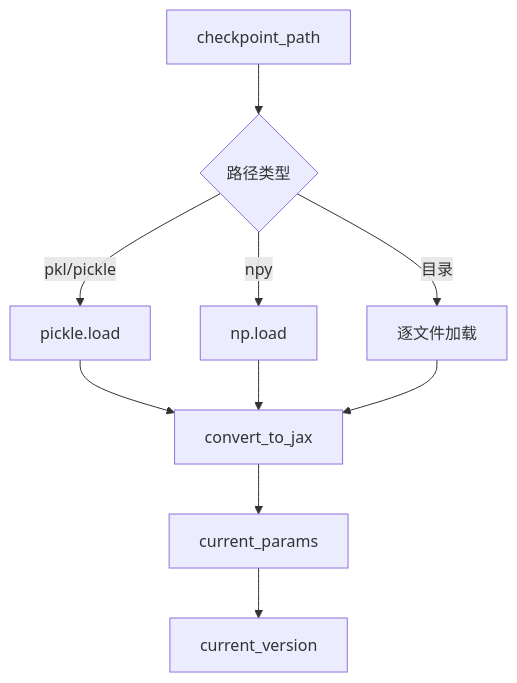
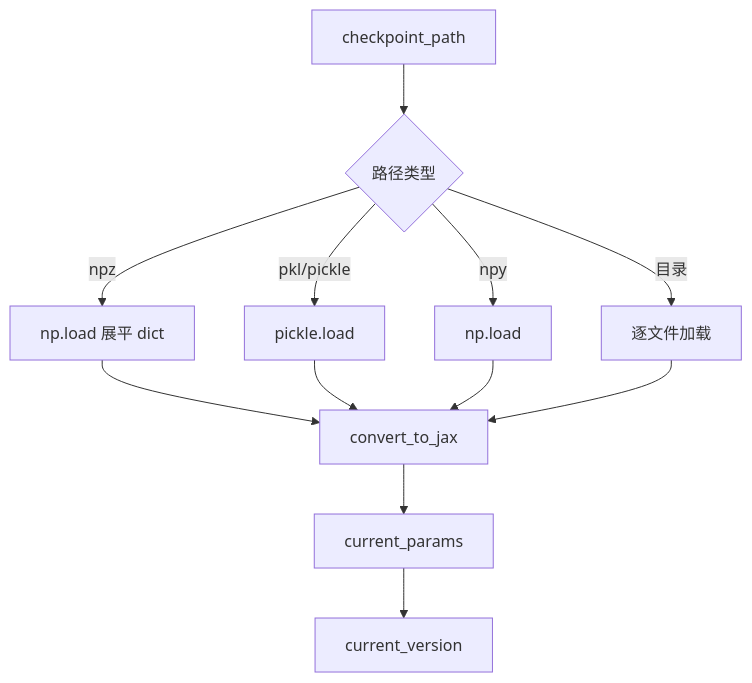
Before and after one commit to freefcw/x-algorithm: the fifth of 8 diagrams in docs/phoenix/04-serving-and-runtime.md, drawn with Mermaid. The commit also changed other lines of this file and 14 other files, not shown here.

````diff
--- a/docs/phoenix/04-serving-and-runtime.md
+++ b/docs/phoenix/04-serving-and-runtime.md
@@ -148,12 +151,14 @@
 ```mermaid
 flowchart TD
     A[checkpoint_path] --> B{路径类型}
+    B -->|npz| N[np.load 展平 dict]
     B -->|pkl/pickle| C[pickle.load]
     B -->|npy| D[np.load]
     B -->|目录| E[逐文件加载]
-    C --> F[convert_to_jax]
+    N --> F[convert_to_jax]
+    C --> F
     D --> F
     E --> F
     F --> G[current_params]
     G --> H[current_version]
 ```
````
